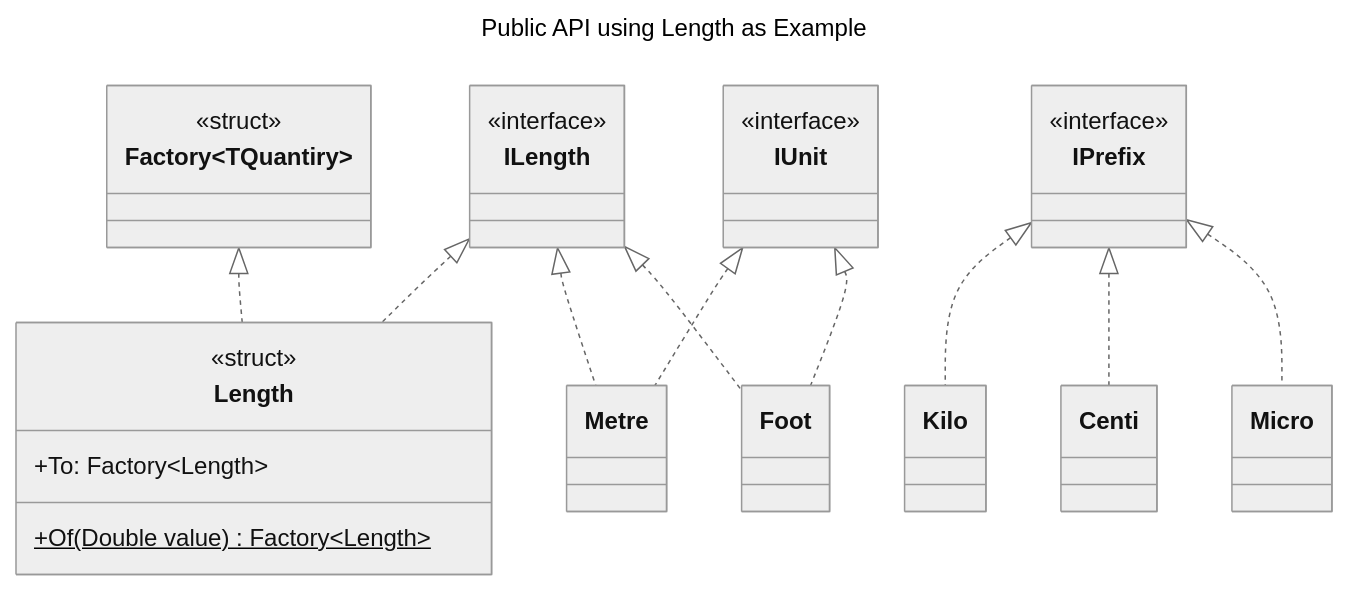
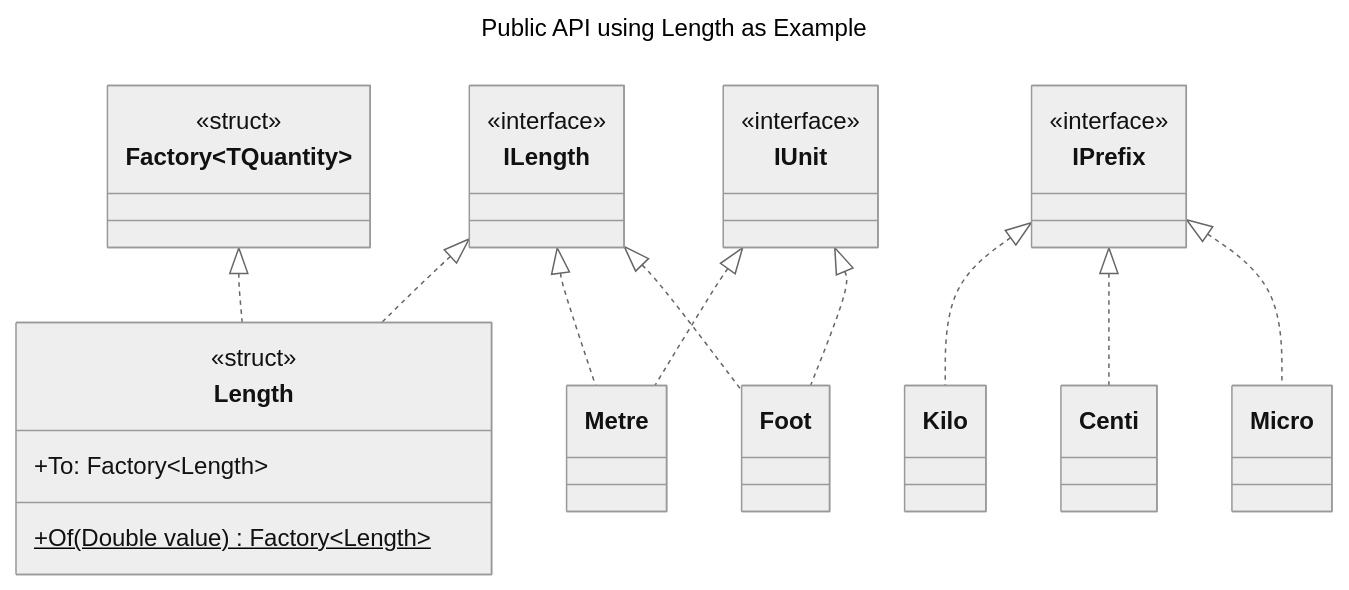
The first of 2 diagrams in design/Design.md (atmoos/Quantities), drawn with Mermaid (neutral theme) before and after one commit. The commit also changed other lines of this file and 2 other files, not shown here.

````diff
--- a/design/Design.md
+++ b/design/Design.md
@@ -71,32 +71,32 @@
 ```mermaid
 ---
 title: Public API using Length as Example
 ---
 classDiagram
-    class Factory~TQuantiry~{
+    class Factory~TQuantity~{
         <<struct>>
     }
     class ILength{
         <<interface>>
     }
     class IPrefix{
         <<interface>>
     }
     class IUnit{
         <<interface>>
     }
     class Length{
         <<struct>>
         +To: Factory~Length~
         +Of(Double value)$ Factory~Length~
     }
     Factory <|.. Length
     ILength <|.. Length
     IUnit <|.. Metre
     ILength <|.. Metre
     IUnit <|.. Foot
     ILength <|.. Foot
     IPrefix <|.. Kilo
     IPrefix <|.. Centi
     IPrefix <|.. Micro
 ```
````
